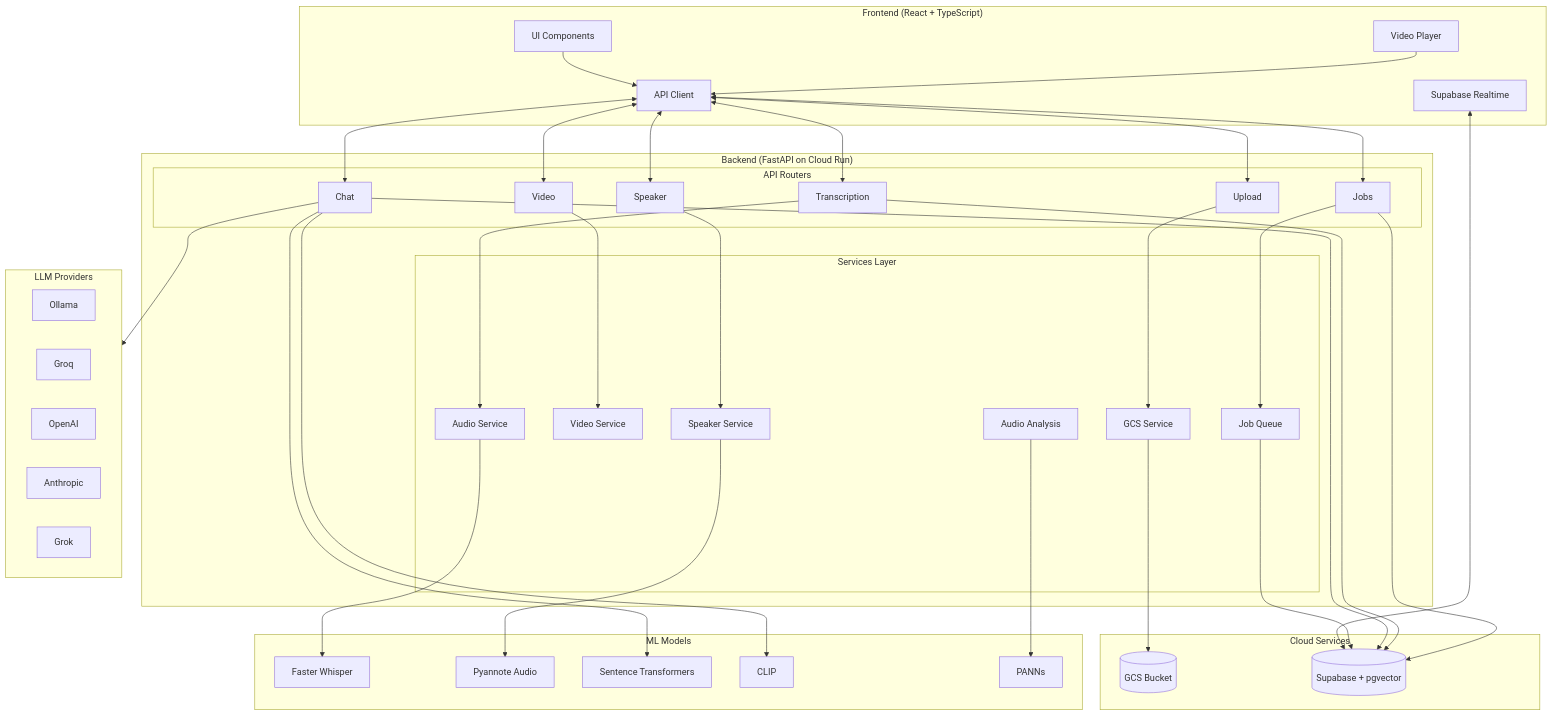
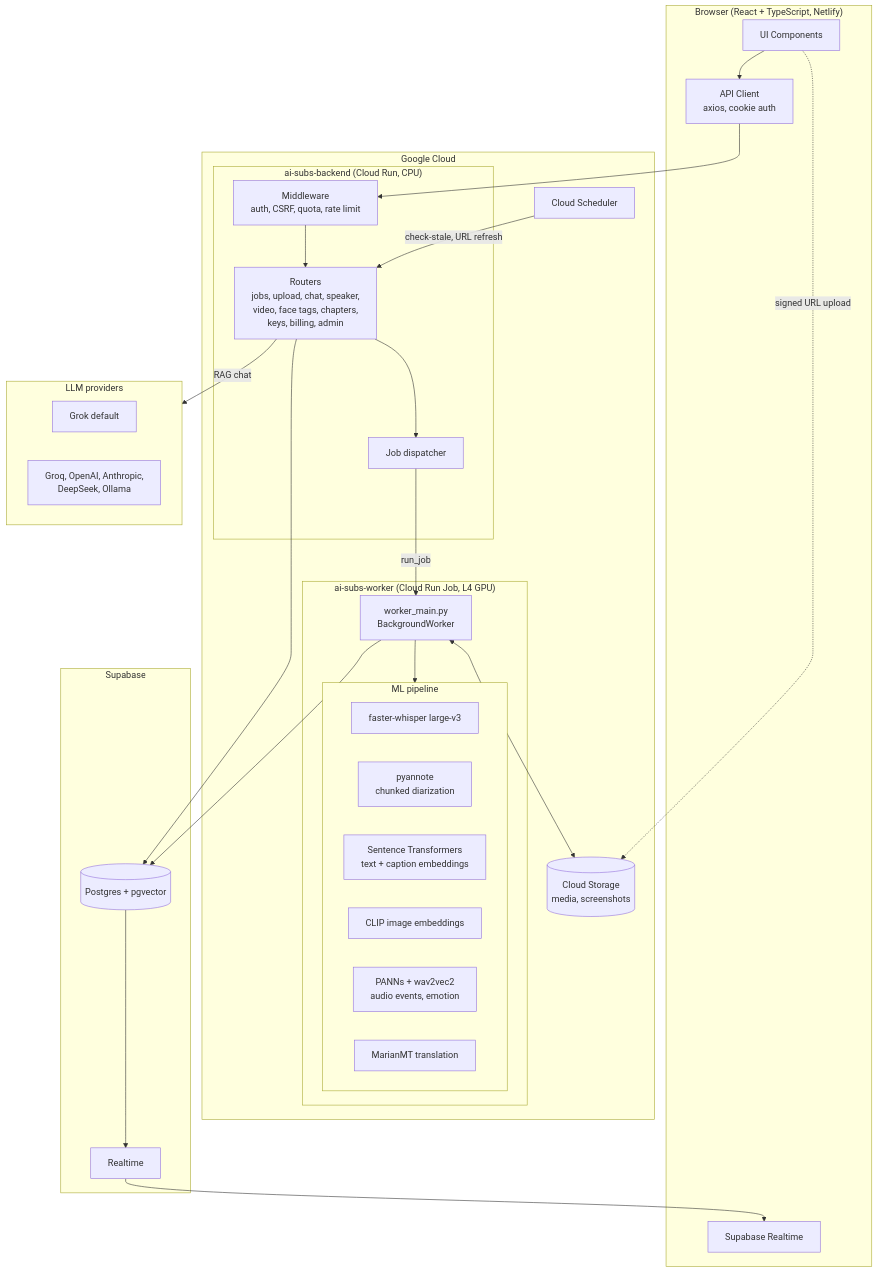
One commit to Ugur22/ai-subtitles changed the first of 4 diagrams in docs/ARCHITECTURE.md. Above: the diagram before and after it, drawn with Mermaid. The commit also changed other lines of this file and 1 other file, not shown here.

First line of the commit message:
Refresh README and ARCHITECTURE docs to match the current system

````diff
--- a/docs/ARCHITECTURE.md
+++ b/docs/ARCHITECTURE.md
@@ -7,68 +9,52 @@
 ```mermaid
 flowchart TB
-    subgraph Frontend["Frontend (React + TypeScript)"]
+    subgraph Client["Browser (React + TypeScript, Netlify)"]
         UI[UI Components]
-        VP[Video Player]
-        API[API Client]
+        API[API Client<br/>axios, cookie auth]
         RT[Supabase Realtime]
     end
 
-    subgraph Cloud["Cloud Services"]
-        GCS[(GCS Bucket)]
-        SB[(Supabase + pgvector)]
+    subgraph GCP["Google Cloud"]
+        subgraph Service["ai-subs-backend (Cloud Run, CPU)"]
+            MW[Middleware<br/>auth, CSRF, quota, rate limit]
+            Routers[Routers<br/>jobs, upload, chat, speaker,<br/>video, face tags, chapters,<br/>keys, billing, admin]
+            Disp[Job dispatcher]
+        end
+
+        subgraph Worker["ai-subs-worker (Cloud Run Job, L4 GPU)"]
+            BW[worker_main.py<br/>BackgroundWorker]
+            subgraph ML["ML pipeline"]
+                WH[faster-whisper large-v3]
+                PY[pyannote<br/>chunked diarization]
+                EMB[Sentence Transformers<br/>text + caption embeddings]
+                CL[CLIP image embeddings]
+                PN[PANNs + wav2vec2<br/>audio events, emotion]
+                MT[MarianMT translation]
+            end
+        end
+
+        GCS[(Cloud Storage<br/>media, screenshots)]
+        Sched[Cloud Scheduler]
     end
 
-    subgraph Backend["Backend (FastAPI on Cloud Run)"]
-        subgraph Routers["API Routers"]
-            TR[Transcription]
-            SR[Speaker]
-            CR[Chat]
-            VR[Video]
-            UR[Upload]
-            JR[Jobs]
-        end
-
-        subgraph Services["Services Layer"]
-            AS[Audio Service]
-            VS[Video Service]
-            SS[Speaker Service]
-            GS[GCS Service]
-            JS[Job Queue]
-            AAS[Audio Analysis]
-        end
+    subgraph SB["Supabase"]
+        PG[(Postgres + pgvector)]
+        SBRT[Realtime]
     end
 
-    subgraph ML["ML Models"]
-        WH[Faster Whisper]
-        PY[Pyannote Audio]
-        EMB[Sentence Transformers]
-        CL[CLIP]
-        PN[PANNs]
+    subgraph LLM["LLM providers"]
+        GRK[Grok default]
+        Others[Groq, OpenAI, Anthropic,<br/>DeepSeek, Ollama]
     end
 
-    subgraph LLM["LLM Providers"]
-        OL[Ollama]
-        GRQ[Groq]
-        OA[OpenAI]
-        AN[Anthropic]
-        GRK[Grok]
-    end
-
-    UI --> API
-    VP --> API
-    RT <--> SB
-    API <--> TR & SR & CR & VR & UR & JR
-
-    UR --> GS --> GCS
-    JR --> JS --> SB
-    TR --> AS --> WH
-    SR --> SS --> PY
-    CR --> SB
-    CR --> EMB & CL
-    CR --> LLM
-    VR --> VS
-    AAS --> PN
-
-    TR --> SB
-    JR --> SB
+    UI --> API --> MW --> Routers
+    UI -. signed URL upload .-> GCS
+    Routers --> PG
+    Routers --> Disp -- run_job --> BW
+    BW --> ML
+    BW <--> GCS
+    BW --> PG
+    PG --> SBRT --> RT
+    Routers -- RAG chat --> LLM
+    Sched -- "check-stale, URL refresh" --> Routers
 ```
````
